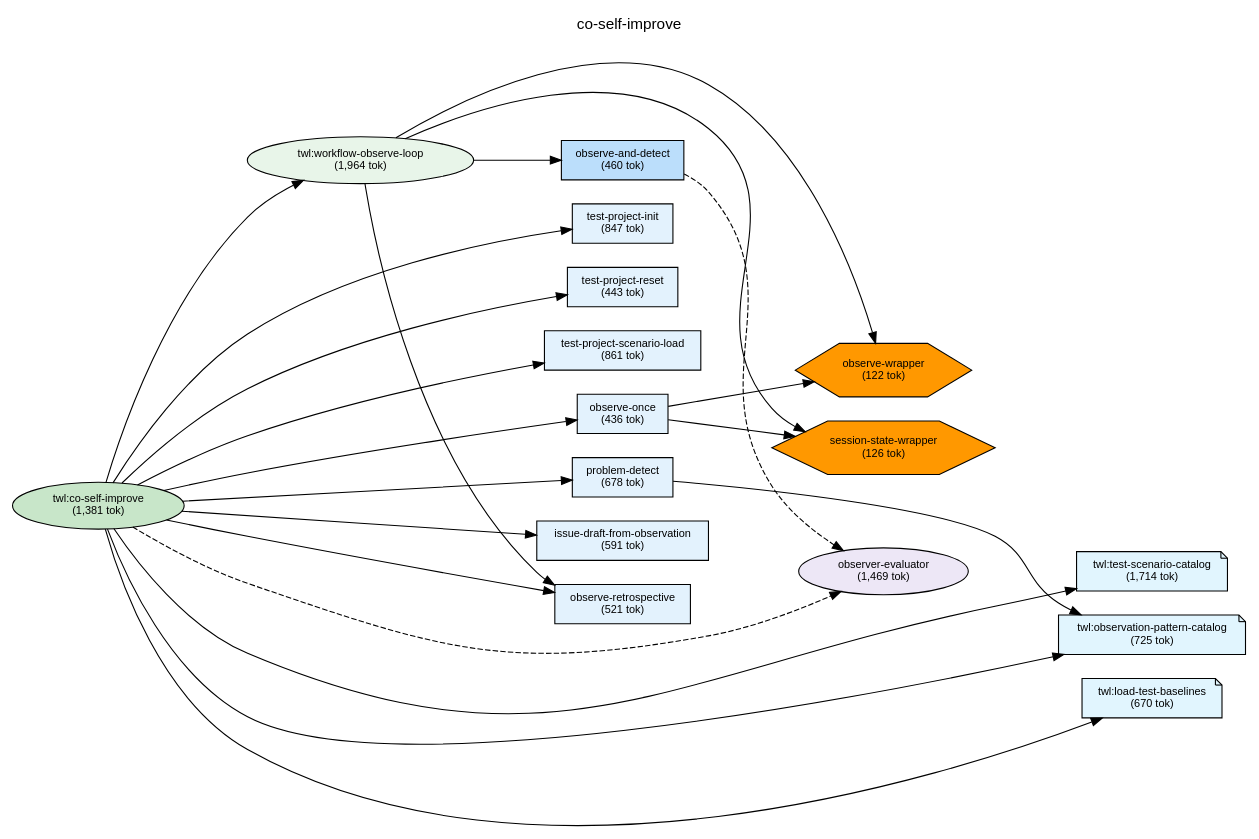
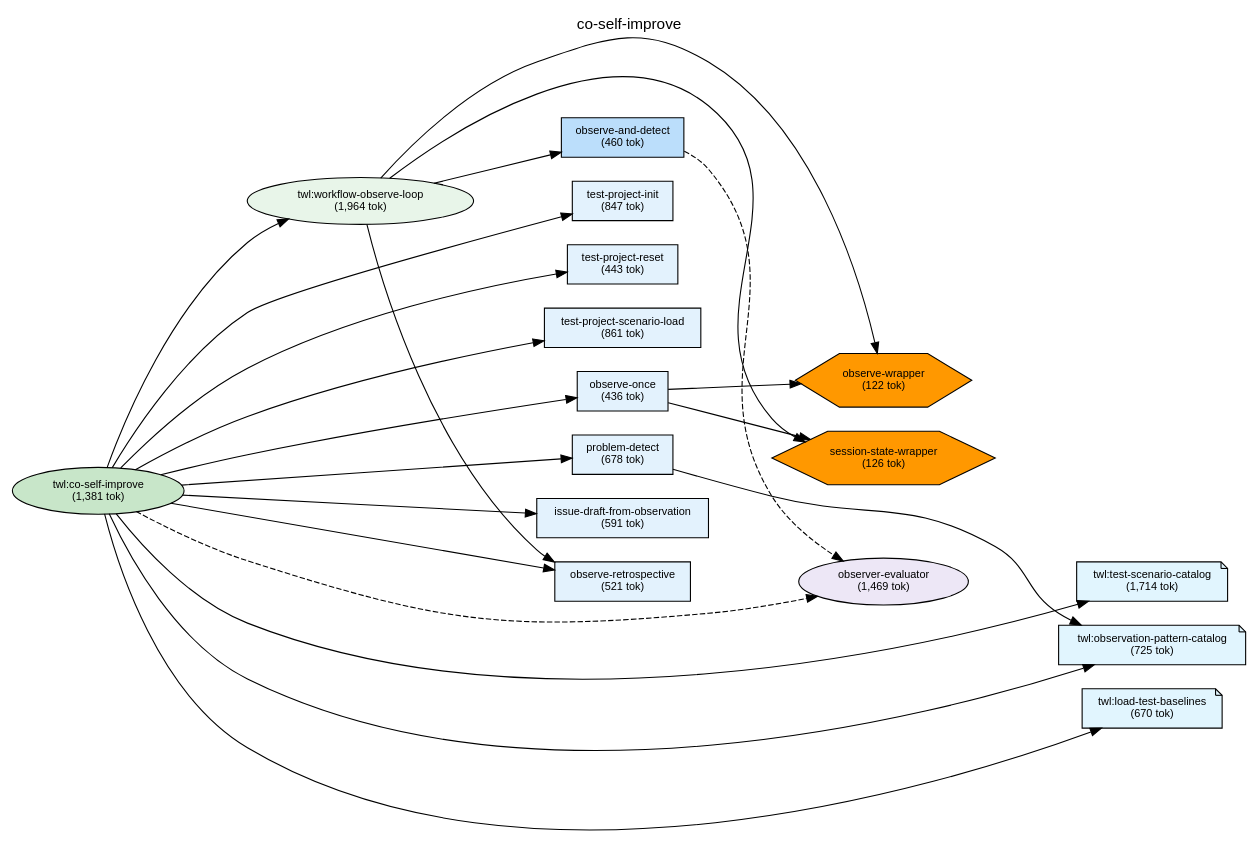
Before and after one commit to shuu5/twill: the diagram in plugins/twl/docs/deps-co-self-improve.dot, drawn with Graphviz. The commit also changed 21 other files, not shown here.

```diff
--- a/plugins/twl/docs/deps-co-self-improve.dot
+++ b/plugins/twl/docs/deps-co-self-improve.dot
@@ -1,97 +1,96 @@
 digraph Dependencies {
     // Graph settings
     rankdir=LR;
     ranksep=0.8;
     nodesep=0.3;
     fontname="Helvetica";
     node [fontname="Helvetica", fontsize=10];
     edge [fontname="Helvetica", fontsize=9];
     label="co-self-improve";
     labelloc=t;
     fontsize=14;
 
     // L0: Controller Skills
     skill_co_self_improve [label="twl:co-self-improve\n(1,381 tok)", shape=ellipse, style=filled, fillcolor="#c8e6c9"];
 
     // L0: Launchers
 
     // L0.5: Workflow Skills
     skill_workflow_observe_loop [label="twl:workflow-observe-loop\n(1,964 tok)", shape=ellipse, style=filled, fillcolor="#e8f5e9"];
 
     // Reference Skills
     skill_test_scenario_catalog [label="twl:test-scenario-catalog\n(1,714 tok)", shape=note, style=filled, fillcolor="#e1f5fe"];
     skill_observation_pattern_catalog [label="twl:observation-pattern-catalog\n(725 tok)", shape=note, style=filled, fillcolor="#e1f5fe"];
     skill_load_test_baselines [label="twl:load-test-baselines\n(670 tok)", shape=note, style=filled, fillcolor="#e1f5fe"];
 
     // L1: Direct Commands
     cmd_observe_once [label="observe-once\n(436 tok)", shape=box, style=filled, fillcolor="#e3f2fd"];
     cmd_problem_detect [label="problem-detect\n(678 tok)", shape=box, style=filled, fillcolor="#e3f2fd"];
     cmd_issue_draft_from_observation [label="issue-draft-from-observation\n(591 tok)", shape=box, style=filled, fillcolor="#e3f2fd"];
     cmd_observe_and_detect [label="observe-and-detect\n(460 tok)", shape=box, style=filled, fillcolor="#bbdefb"];
     cmd_observe_retrospective [label="observe-retrospective\n(521 tok)", shape=box, style=filled, fillcolor="#e3f2fd"];
     cmd_test_project_init [label="test-project-init\n(847 tok)", shape=box, style=filled, fillcolor="#e3f2fd"];
     cmd_test_project_reset [label="test-project-reset\n(443 tok)", shape=box, style=filled, fillcolor="#e3f2fd"];
     cmd_test_project_scenario_load [label="test-project-scenario-load\n(861 tok)", shape=box, style=filled, fillcolor="#e3f2fd"];
 
     // L2: Sub Commands
 
     // L3: Agents
     agent_observer_evaluator [label="observer-evaluator\n(1,469 tok)", shape=ellipse, style=filled, fillcolor="#ede7f6"];
 
     // L3.5: Scripts
     script_observe_wrapper [label="observe-wrapper\n(122 tok)", shape=hexagon, style=filled, fillcolor="#FF9800"];
     script_session_state_wrapper [label="session-state-wrapper\n(126 tok)", shape=hexagon, style=filled, fillcolor="#FF9800"];
 
     // L4: External
 
     // Layer constraints
     { rank=same; skill_co_self_improve; }
     { rank=same; skill_workflow_observe_loop; }
     { rank=same; skill_test_scenario_catalog; skill_observation_pattern_catalog; skill_load_test_baselines; }
     { rank=same; cmd_observe_once; cmd_problem_detect; cmd_issue_draft_from_observation; cmd_observe_and_detect; cmd_observe_retrospective; cmd_test_project_init; cmd_test_project_reset; cmd_test_project_scenario_load; }
     { rank=same; agent_observer_evaluator; }
     { rank=same; script_observe_wrapper; script_session_state_wrapper; }
 
     // Edges
     skill_co_self_improve -> skill_workflow_observe_loop;
     skill_co_self_improve -> cmd_test_project_init;
     skill_co_self_improve -> cmd_test_project_reset;
     skill_co_self_improve -> cmd_test_project_scenario_load;
     skill_co_self_improve -> cmd_observe_once;
     skill_co_self_improve -> cmd_problem_detect;
     skill_co_self_improve -> cmd_issue_draft_from_observation;
     skill_co_self_improve -> cmd_observe_retrospective;
     skill_co_self_improve -> agent_observer_evaluator [style=dashed];
     skill_co_self_improve -> skill_test_scenario_catalog;
     skill_co_self_improve -> skill_observation_pattern_catalog;
     skill_co_self_improve -> skill_load_test_baselines;
     skill_workflow_observe_loop -> cmd_observe_and_detect;
     skill_workflow_observe_loop -> cmd_observe_retrospective;
     skill_workflow_observe_loop -> script_observe_wrapper;
     skill_workflow_observe_loop -> script_session_state_wrapper;
     cmd_observe_once -> script_observe_wrapper;
     cmd_observe_once -> script_session_state_wrapper;
     cmd_problem_detect -> skill_observation_pattern_catalog;
     cmd_observe_and_detect -> agent_observer_evaluator [style=dashed];
 
     // Ordering constraints (invisible edges)
     skill_workflow_observe_loop -> cmd_test_project_init [style=invis, weight=10];
     cmd_test_project_init -> cmd_test_project_reset [style=invis, weight=10];
     cmd_test_project_reset -> cmd_test_project_scenario_load [style=invis, weight=10];
     cmd_test_project_scenario_load -> cmd_observe_once [style=invis, weight=10];
     cmd_observe_once -> cmd_problem_detect [style=invis, weight=10];
     cmd_problem_detect -> cmd_issue_draft_from_observation [style=invis, weight=10];
     cmd_issue_draft_from_observation -> cmd_observe_retrospective [style=invis, weight=10];
     cmd_observe_retrospective -> agent_observer_evaluator [style=invis, weight=10];
     agent_observer_evaluator -> skill_test_scenario_catalog [style=invis, weight=10];
     skill_test_scenario_catalog -> skill_observation_pattern_catalog [style=invis, weight=10];
     skill_observation_pattern_catalog -> skill_load_test_baselines [style=invis, weight=10];
     cmd_observe_once -> cmd_problem_detect [style=invis, weight=10];
     cmd_problem_detect -> agent_observer_evaluator [style=invis, weight=10];
-    skill_observation_pattern_catalog -> skill_workflow_observe_loop [style=invis, weight=10];
     cmd_observe_and_detect -> cmd_observe_retrospective [style=invis, weight=10];
     cmd_observe_retrospective -> script_observe_wrapper [style=invis, weight=10];
     script_observe_wrapper -> script_session_state_wrapper [style=invis, weight=10];
     script_observe_wrapper -> script_session_state_wrapper [style=invis, weight=10];
 
 }
```
